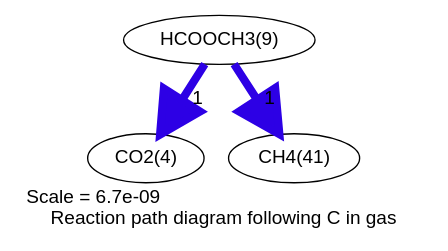
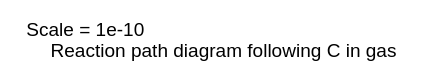
Before and after one commit to comocheng/meOH-analysis: the diagram in cantera_simulations/RMG_wDeut/reaction_path_C_gas.dot, drawn with Graphviz. The commit also changed 257 other files, not shown here.

```diff
--- a/cantera_simulations/RMG_wDeut/reaction_path_C_gas.dot
+++ b/cantera_simulations/RMG_wDeut/reaction_path_C_gas.dot
@@ -1,12 +1,5 @@
 digraph reaction_paths {
 center=1;
-s9 -> s4[fontname="Helvetica", penwidth=6, arrowsize=3, color="0.7, 1.5, 0.9"
-, label=" 1"];
-s9 -> s10[fontname="Helvetica", penwidth=6, arrowsize=3, color="0.7, 1.5, 0.9"
-, label=" 1"];
-s4 [ fontname="Helvetica", label="CO2(4)"];
-s9 [ fontname="Helvetica", label="HCOOCH3(9)"];
-s10 [ fontname="Helvetica", label="CH4(41)"];
- label = "Scale = 6.7e-09\l Reaction path diagram following C in gas";
+ label = "Scale = 1e-10\l Reaction path diagram following C in gas";
  fontname = "Helvetica";
 }
```
